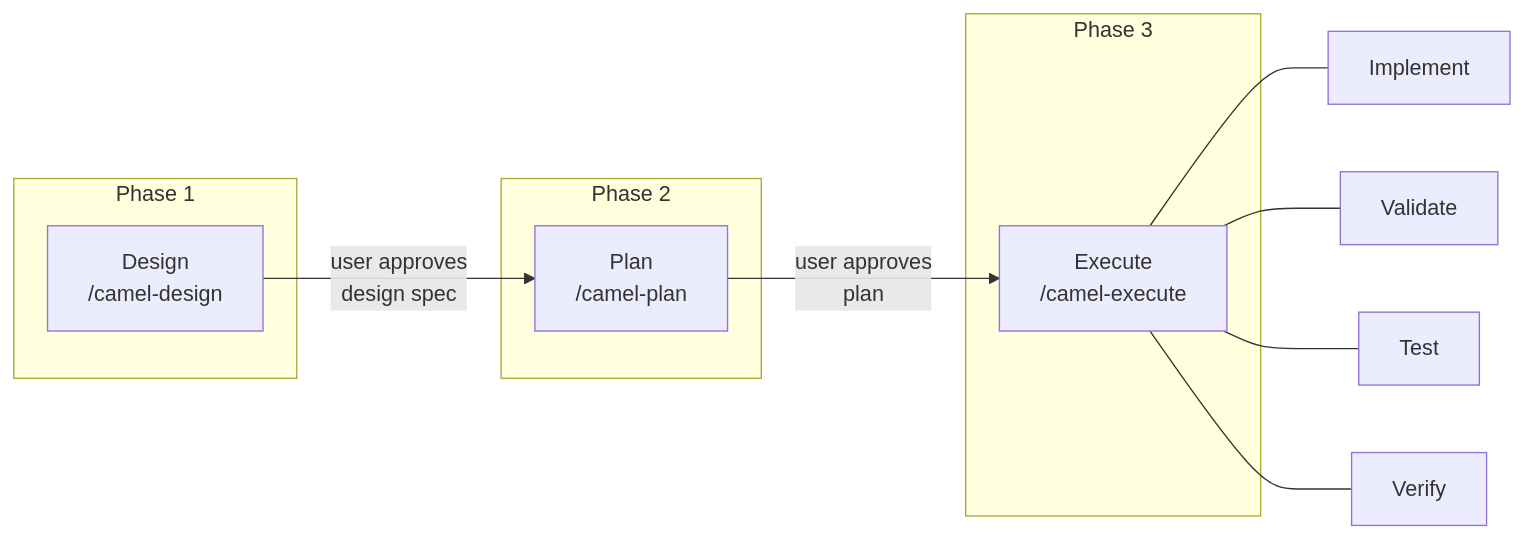
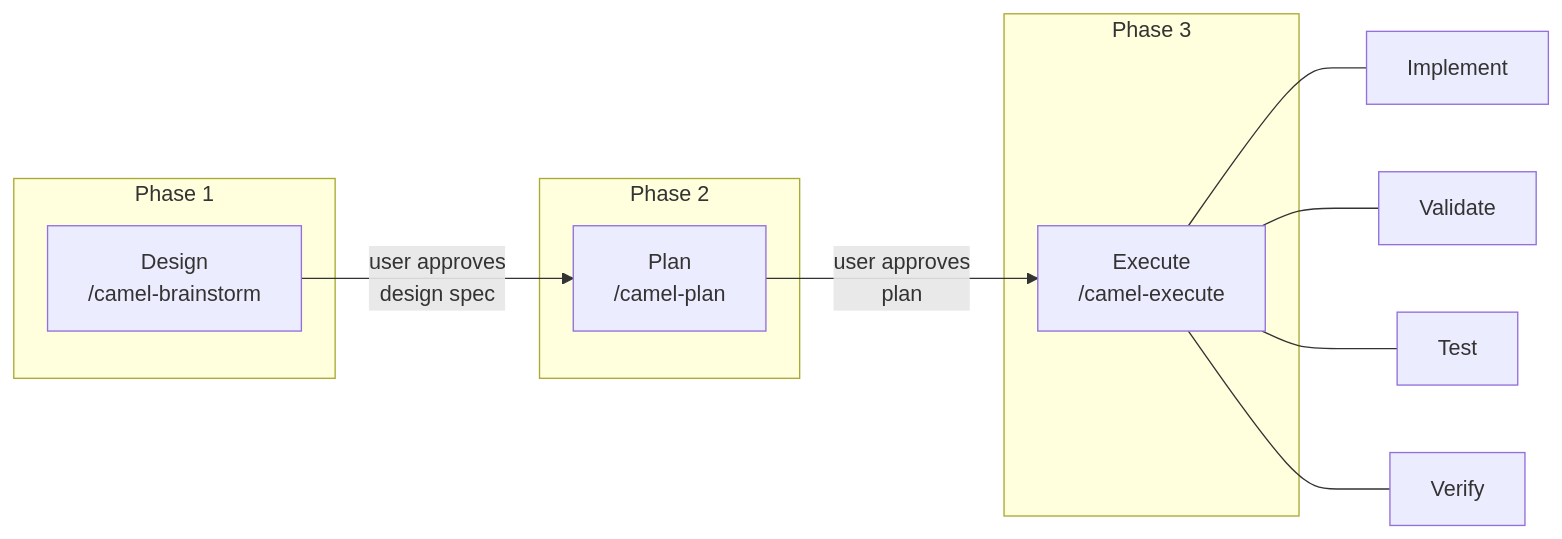
The third of 7 diagrams in docs/camel-kit-overview.md (luigidemasi/camel-kit), drawn with Mermaid before and after one commit. The commit also changed other lines of this file and 168 other files, not shown here.

````diff
--- a/docs/camel-kit-overview.md
+++ b/docs/camel-kit-overview.md
@@ -125,20 +126,20 @@
 ```mermaid
 flowchart LR
     subgraph "Phase 1"
-        B["Design\n/camel-design"]
+        B["Design\n/camel-brainstorm"]
     end
     subgraph "Phase 2"
         P["Plan\n/camel-plan"]
     end
     subgraph "Phase 3"
         E["Execute\n/camel-execute"]
     end
 
     B -->|"user approves\ndesign spec"| P
     P -->|"user approves\nplan"| E
 
     E --- I["Implement"]
     E --- V["Validate"]
     E --- T["Test"]
     E --- R["Verify"]
 ```
````
